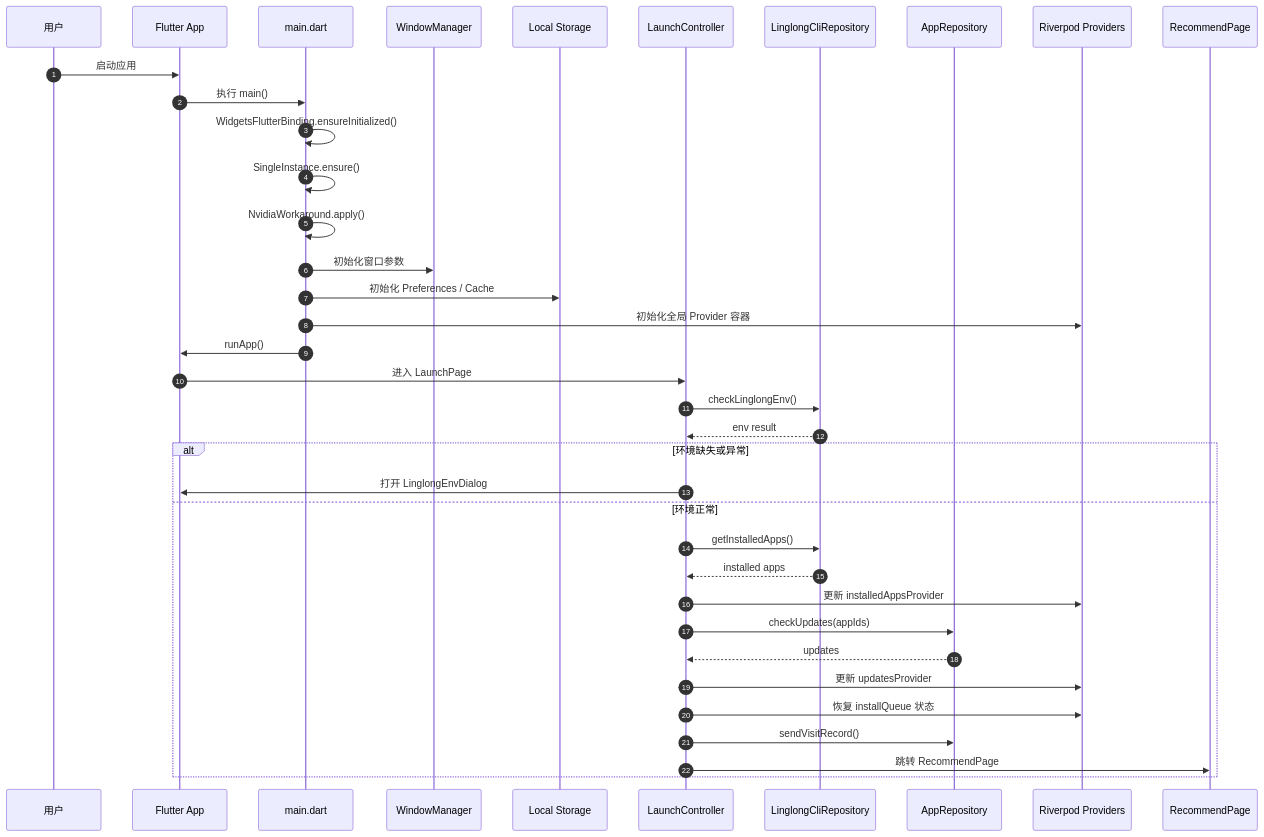
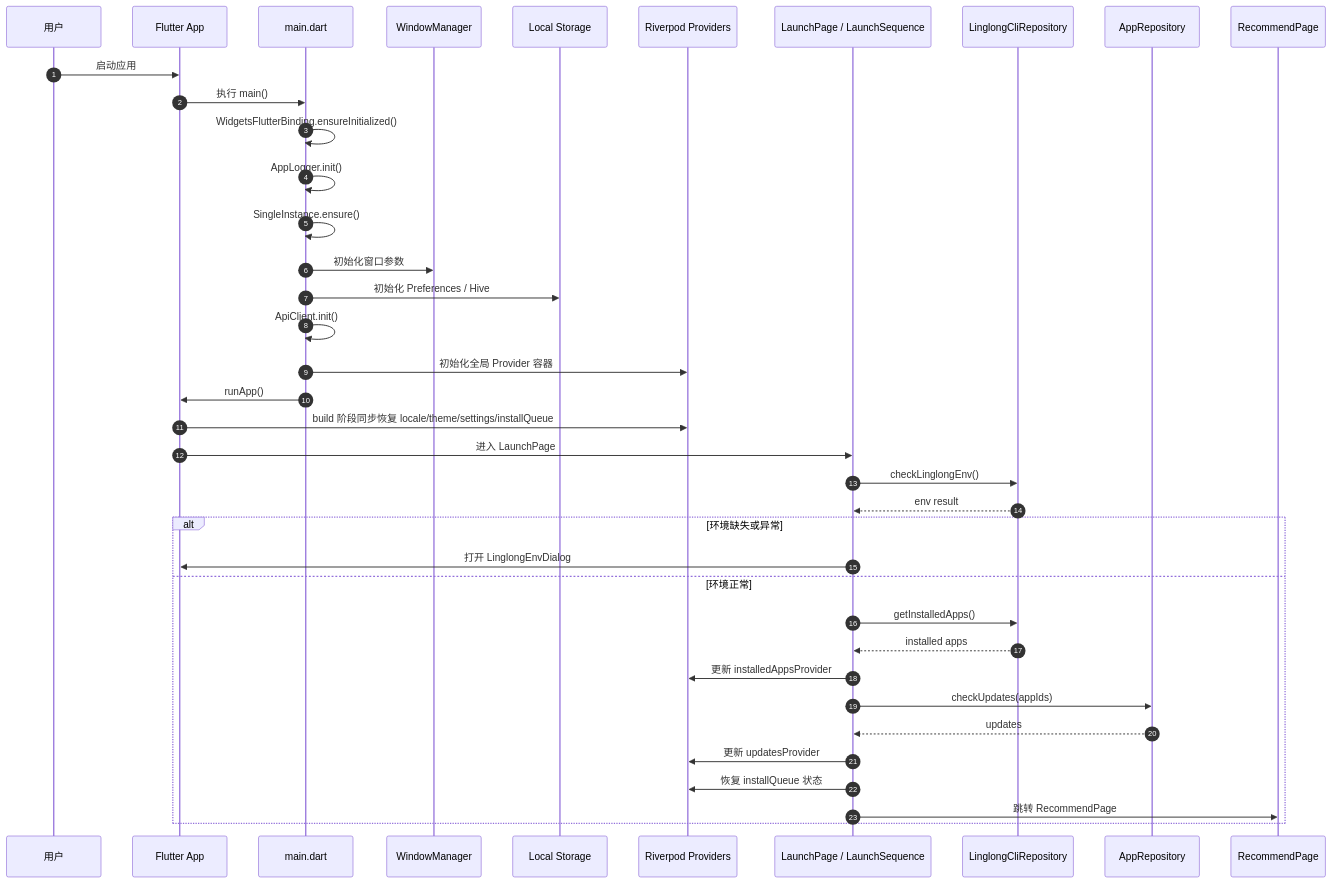
Before and after one commit to HanHan666666/flutter-linglong-store: the first of 16 diagrams in docs/07-runtime-sequence-and-state-diagrams.md, drawn with Mermaid. The commit also changed other lines of this file and 2 other files, not shown here.

Commit message:
docs: 补充启动流程收敛设计

````diff
--- a/docs/07-runtime-sequence-and-state-diagrams.md
+++ b/docs/07-runtime-sequence-and-state-diagrams.md
@@ -35,41 +38,42 @@
 ```mermaid
 sequenceDiagram
     autonumber
     participant User as 用户
     participant App as Flutter App
     participant Main as main.dart
     participant Window as WindowManager
     participant Store as Local Storage
-    participant Launch as LaunchController
+    participant Providers as Riverpod Providers
+    participant Launch as LaunchPage / LaunchSequence
     participant CLI as LinglongCliRepository
     participant HTTP as AppRepository
-    participant Providers as Riverpod Providers
     participant Home as RecommendPage
 
     User->>App: 启动应用
     App->>Main: 执行 main()
     Main->>Main: WidgetsFlutterBinding.ensureInitialized()
+    Main->>Main: AppLogger.init()
     Main->>Main: SingleInstance.ensure()
-    Main->>Main: NvidiaWorkaround.apply()
     Main->>Window: 初始化窗口参数
-    Main->>Store: 初始化 Preferences / Cache
+    Main->>Store: 初始化 Preferences / Hive
+    Main->>Main: ApiClient.init()
     Main->>Providers: 初始化全局 Provider 容器
     Main->>App: runApp()
+    App->>Providers: build 阶段同步恢复 locale/theme/settings/installQueue
     App->>Launch: 进入 LaunchPage
     Launch->>CLI: checkLinglongEnv()
     CLI-->>Launch: env result
 
     alt 环境缺失或异常
         Launch->>App: 打开 LinglongEnvDialog
     else 环境正常
         Launch->>CLI: getInstalledApps()
         CLI-->>Launch: installed apps
         Launch->>Providers: 更新 installedAppsProvider
         Launch->>HTTP: checkUpdates(appIds)
         HTTP-->>Launch: updates
         Launch->>Providers: 更新 updatesProvider
         Launch->>Providers: 恢复 installQueue 状态
-        Launch->>HTTP: sendVisitRecord()
         Launch->>Home: 跳转 RecommendPage
     end
 ```
````
